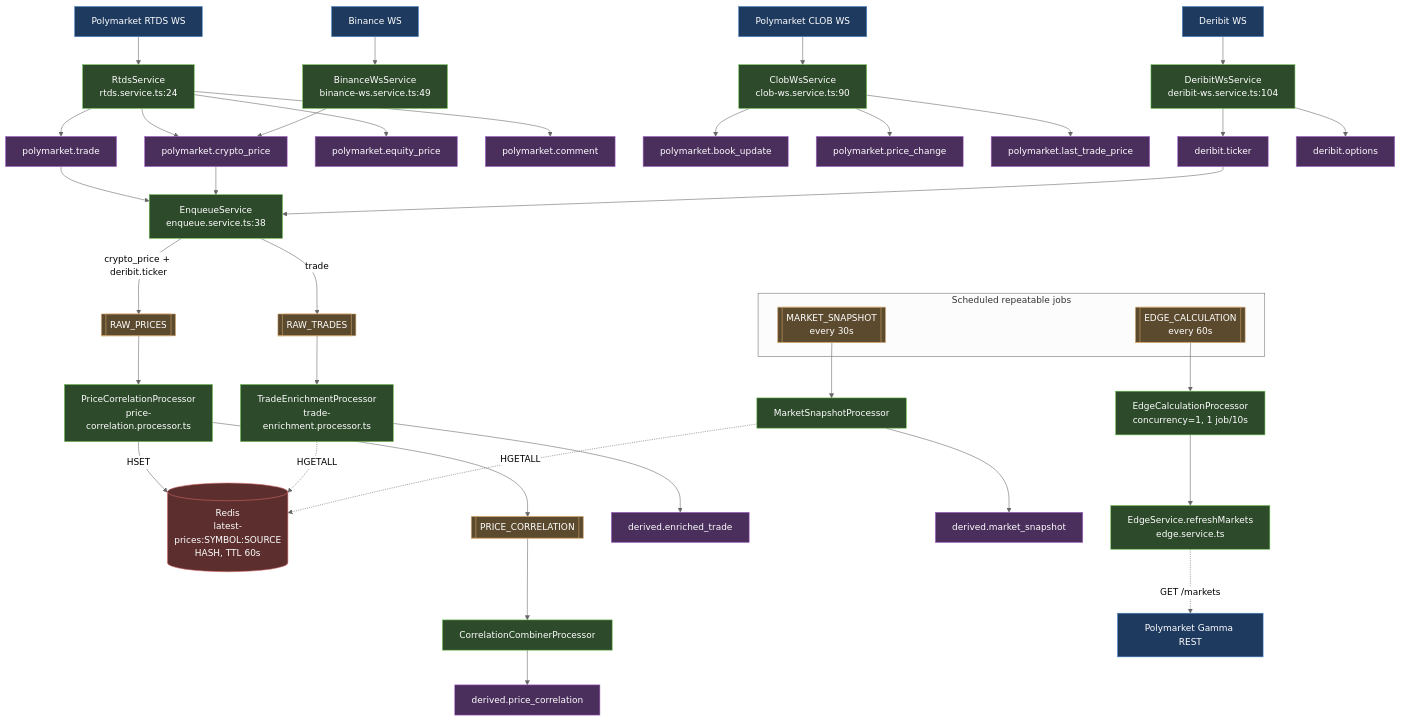
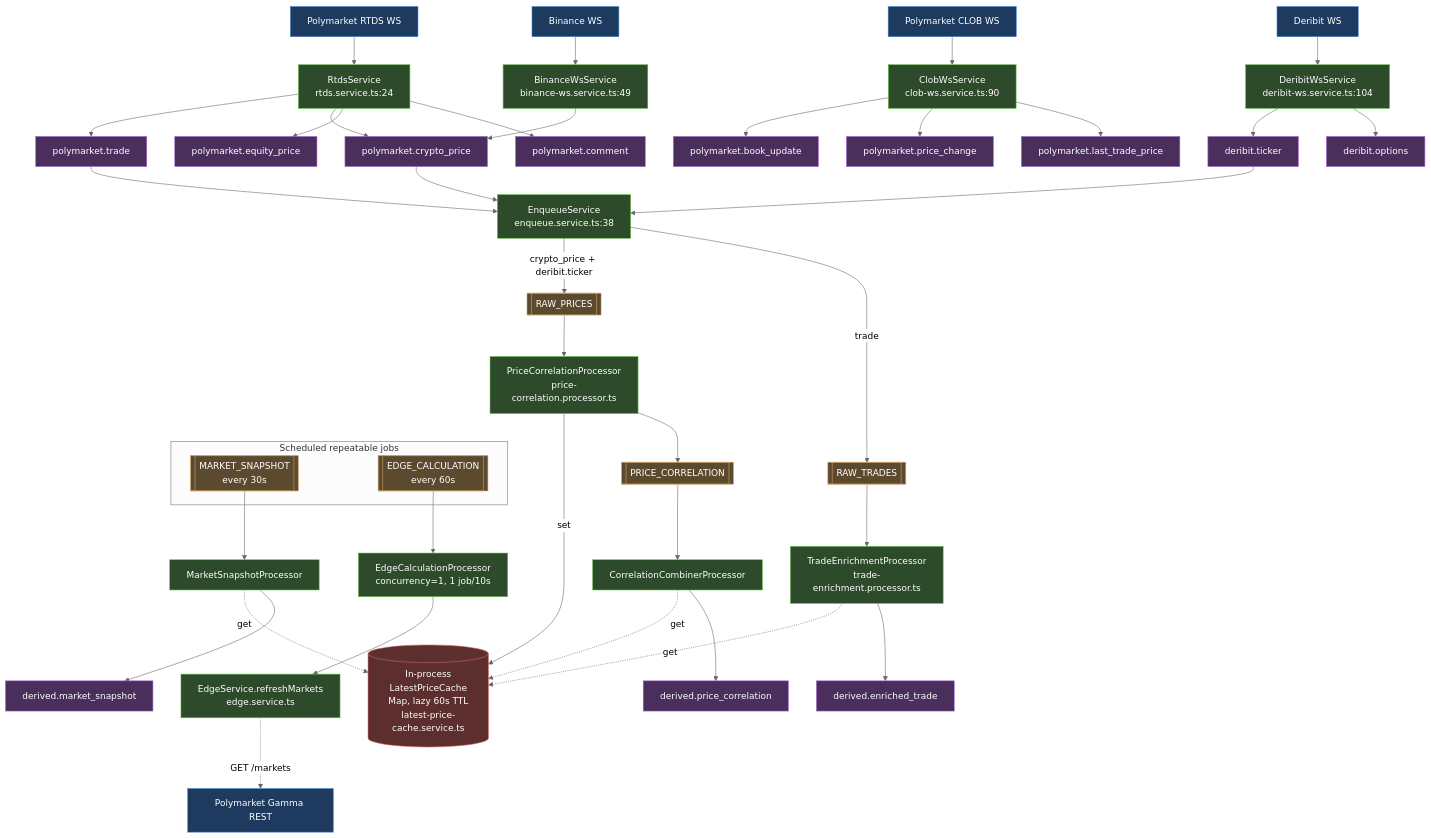
The second of 5 diagrams in docs/data-flow.md (robbert0/polymarket-trading-2), drawn with Mermaid (neutral theme) before and after one commit. The commit also changed other lines of this file and 7 other files, not shown here.

```diff
--- a/docs/data-flow.md
+++ b/docs/data-flow.md
@@ -107,15 +107,16 @@
   RP --> PCP
   RT --> TEP
 
-  LP[("Redis<br/>latest-prices:SYMBOL:SOURCE<br/>HASH, TTL 60s")]:::store
-  PCP -->|HSET| LP
-  TEP -.HGETALL.-> LP
+  LP[("In-process<br/>LatestPriceCache<br/>Map, lazy 60s TTL<br/>latest-price-cache.service.ts")]:::store
+  PCP -->|set| LP
+  TEP -.get.-> LP
 
   PC[[PRICE_CORRELATION]]:::q
   PCP --> PC
 
   CCP[CorrelationCombinerProcessor]:::svc
   PC --> CCP
+  CCP -.get.-> LP
 
   EV_DPC[derived.price_correlation]:::evt
   EV_DET[derived.enriched_trade]:::evt
@@ -131,7 +132,7 @@
   ECP[EdgeCalculationProcessor<br/>concurrency=1, 1 job/10s]:::svc
   MSQ --> MSP
   ECQ --> ECP
-  MSP -.HGETALL.-> LP
+  MSP -.get.-> LP
   EV_DMS[derived.market_snapshot]:::evt
   MSP --> EV_DMS
 
```
